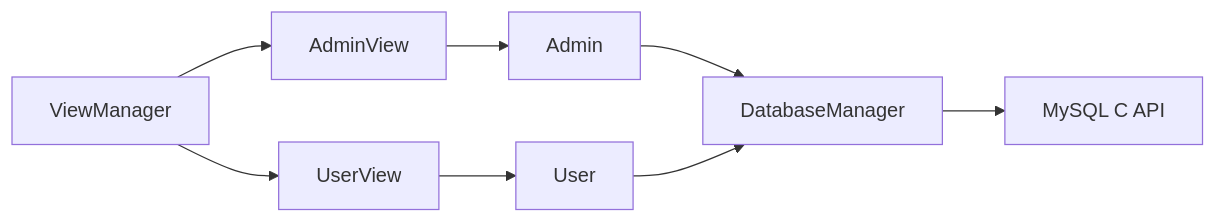
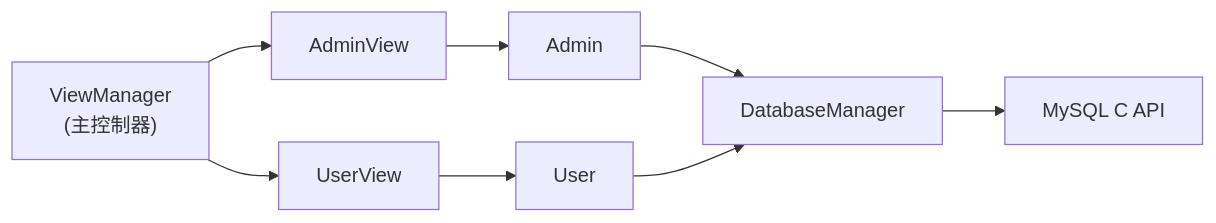
The seventh of 7 diagrams in .qoder/repowiki/zh/content/系统架构设计/视图管理层设计.md (jinpeng900/OJ-Test), drawn with Mermaid before and after one commit. The commit also changed other lines of this file and 44 other files, not shown here.

````diff
--- a/.qoder/repowiki/zh/content/系统架构设计/视图管理层设计.md
+++ b/.qoder/repowiki/zh/content/系统架构设计/视图管理层设计.md
@@ -357,10 +357,10 @@
 ```mermaid
 graph LR
-VM["ViewManager"] --> AV["AdminView"]
+VM["ViewManager<br/>(主控制器)"] --> AV["AdminView"]
 VM --> UV["UserView"]
 AV --> ADM["Admin"]
 UV --> USR["User"]
 ADM --> DB["DatabaseManager"]
 USR --> DB
 DB --> MYSQL["MySQL C API"]
 ```
````
